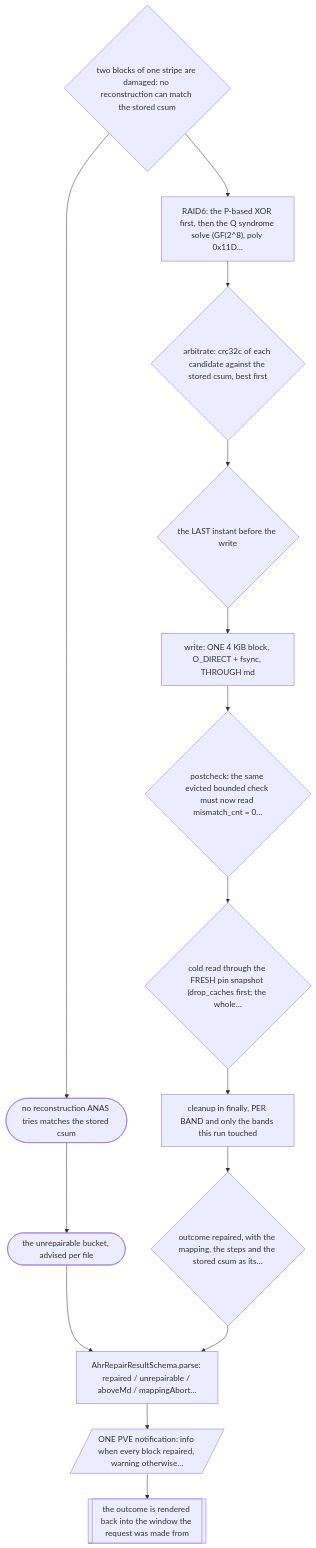
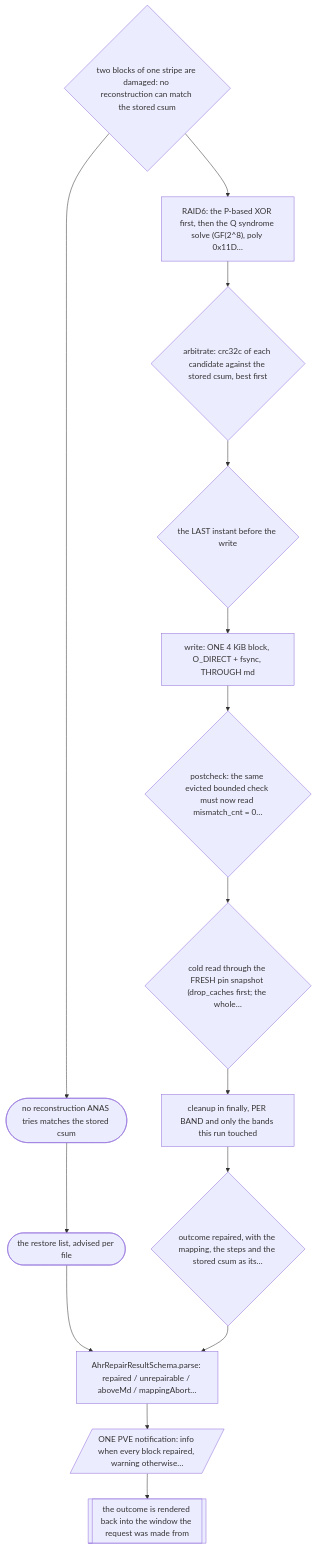
The third of 24 diagrams in docs/AHR-SELF-HEAL-DECISION-TREE.md (ccebelenski/anas), drawn with Mermaid before and after one commit. The commit also changed other lines of this file and 9 other files, not shown here.

````diff
--- a/docs/AHR-SELF-HEAL-DECISION-TREE.md
+++ b/docs/AHR-SELF-HEAL-DECISION-TREE.md
@@ -478,31 +478,31 @@
 ```mermaid
 flowchart TD
   X3{"two blocks of one stripe are damaged: no reconstruction can match the stored csum"}
   E08a(["no reconstruction ANAS tries matches the stored csum"])
   E07r6["RAID6: the P-based XOR first, then the Q syndrome solve (GF(2^8), poly 0x11D…"]
-  J40(["the unrepairable bucket, advised per file"])
+  J40(["the restore list, advised per file"])
   E08{"arbitrate: crc32c of each candidate against the stored csum, best first"}
   J50["AhrRepairResultSchema.parse: repaired / unrepairable / aboveMd / mappingAbort…"]
   E10{"the LAST instant before the write"}
   J51[/"ONE PVE notification: info when every block repaired, warning otherwise…"/]
   E11["write: ONE 4 KiB block, O_DIRECT + fsync, THROUGH md"]
   J52[["the outcome is rendered back into the window the request was made from"]]
   E12{"postcheck: the same evicted bounded check must now read mismatch_cnt = 0…"}
   E13{"cold read through the FRESH pin snapshot (drop_caches first; the whole…"}
   E14["cleanup in finally, PER BAND and only the bands this run touched"]
   E15{"outcome repaired, with the mapping, the steps and the stored csum as its…"}
   X3 --> E08a
   X3 --> E07r6
   E08a --> J40
   E07r6 --> E08
   J40 --> J50
   E08 --> E10
   J50 --> J51
   E10 --> E11
   J51 --> J52
   E11 --> E12
   E12 --> E13
   E13 --> E14
   E14 --> E15
   E15 --> J50
 ```
````
